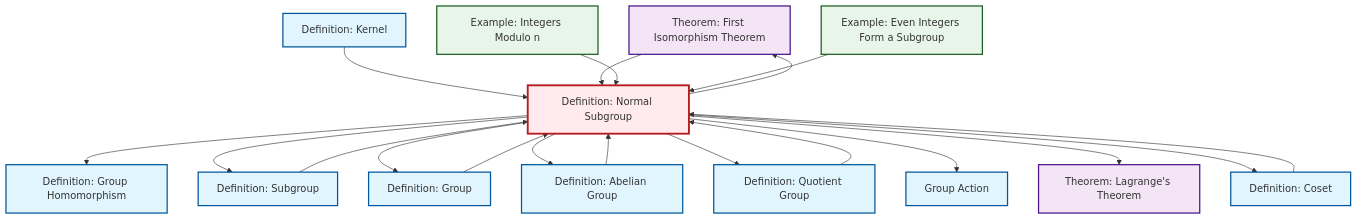
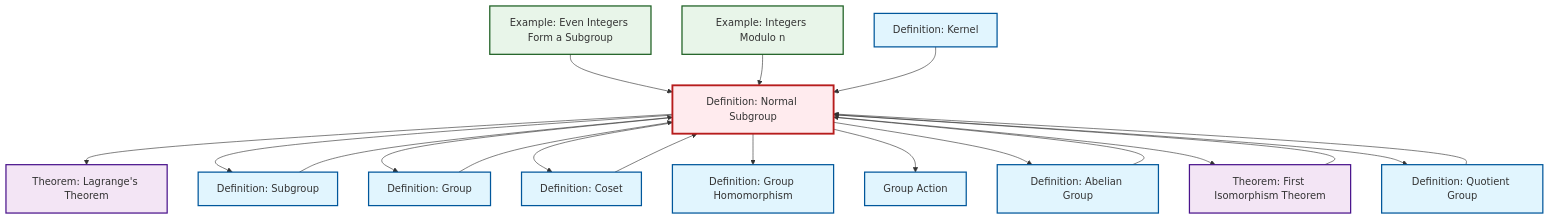
Before and after one commit to RK0429/ModernMath: the diagram in content/en/algebra/def-normal-subgroup.qmd, drawn with Mermaid. The commit also changed other lines of this file and 491 other files, not shown here.

````diff
--- a/content/en/algebra/def-normal-subgroup.qmd
+++ b/content/en/algebra/def-normal-subgroup.qmd
@@ -90,53 +90,53 @@
 ```{mermaid}
 %%| fig-cap: "Local dependency graph"
 graph TD
     classDef definition fill:#e1f5fe,stroke:#01579b,stroke-width:2px
     classDef theorem fill:#f3e5f5,stroke:#4a148c,stroke-width:2px
     classDef axiom fill:#fff3e0,stroke:#e65100,stroke-width:2px
     classDef example fill:#e8f5e9,stroke:#1b5e20,stroke-width:2px
     classDef current fill:#ffebee,stroke:#b71c1c,stroke-width:3px
+    ex-quotient-integers-mod-n["Example: Integers Modulo n"]:::example
+    def-abelian-group["Definition: Abelian Group"]:::definition
+    def-normal-subgroup["Definition: Normal Subgroup"]:::definition
     thm-first-isomorphism["Theorem: First Isomorphism Theorem"]:::theorem
+    def-kernel["Definition: Kernel"]:::definition
+    ex-even-integers-subgroup["Example: Even Integers Form a Subgroup"]:::example
+    def-subgroup["Definition: Subgroup"]:::definition
+    def-coset["Definition: Coset"]:::definition
+    def-group["Definition: Group"]:::definition
+    def-homomorphism["Definition: Group Homomorphism"]:::definition
+    thm-lagrange["Theorem: Lagrange's Theorem"]:::theorem
     def-group-action["Group Action"]:::definition
-    def-homomorphism["Definition: Group Homomorphism"]:::definition
-    def-kernel["Definition: Kernel"]:::definition
-    def-group["Definition: Group"]:::definition
-    def-subgroup["Definition: Subgroup"]:::definition
-    thm-lagrange["Theorem: Lagrange's Theorem"]:::theorem
-    def-abelian-group["Definition: Abelian Group"]:::definition
-    ex-even-integers-subgroup["Example: Even Integers Form a Subgroup"]:::example
-    ex-quotient-integers-mod-n["Example: Integers Modulo n"]:::example
-    def-coset["Definition: Coset"]:::definition
-    def-normal-subgroup["Definition: Normal Subgroup"]:::definition
     def-quotient-group["Definition: Quotient Group"]:::definition
+    def-normal-subgroup --> thm-lagrange
+    def-normal-subgroup --> def-subgroup
+    def-normal-subgroup --> def-group
+    def-quotient-group --> def-normal-subgroup
+    def-abelian-group --> def-normal-subgroup
+    ex-even-integers-subgroup --> def-normal-subgroup
+    def-normal-subgroup --> def-coset
     def-normal-subgroup --> def-homomorphism
+    def-normal-subgroup --> def-group-action
+    def-normal-subgroup --> def-abelian-group
+    def-normal-subgroup --> thm-first-isomorphism
+    thm-first-isomorphism --> def-normal-subgroup
+    def-coset --> def-normal-subgroup
+    ex-quotient-integers-mod-n --> def-normal-subgroup
+    def-kernel --> def-normal-subgroup
+    def-group --> def-normal-subgroup
     def-subgroup --> def-normal-subgroup
-    def-quotient-group --> def-normal-subgroup
-    def-normal-subgroup --> thm-first-isomorphism
-    def-kernel --> def-normal-subgroup
-    def-normal-subgroup --> def-subgroup
-    def-abelian-group --> def-normal-subgroup
-    def-normal-subgroup --> def-group
-    def-normal-subgroup --> def-abelian-group
-    thm-first-isomorphism --> def-normal-subgroup
     def-normal-subgroup --> def-quotient-group
-    def-normal-subgroup --> def-group-action
-    def-normal-subgroup --> thm-lagrange
-    ex-quotient-integers-mod-n --> def-normal-subgroup
-    ex-even-integers-subgroup --> def-normal-subgroup
-    def-coset --> def-normal-subgroup
-    def-normal-subgroup --> def-coset
-    def-group --> def-normal-subgroup
     class def-normal-subgroup current
+    click ex-quotient-integers-mod-n "ex-quotient-integers-mod-n.html" "Go to Integers Modulo n example"
+    click def-abelian-group "def-abelian-group.html" "Go to Abelian Group definition"
     click thm-first-isomorphism "thm-first-isomorphism.html" "Go to First Isomorphism Theorem theorem"
+    click def-kernel "def-kernel.html" "Go to Kernel definition"
+    click ex-even-integers-subgroup "ex-even-integers-subgroup.html" "Go to Even Integers Form a Subgroup example"
+    click def-subgroup "def-subgroup.html" "Go to Subgroup definition"
+    click def-coset "def-coset.html" "Go to Coset definition"
+    click def-group "def-group.html" "Go to Group definition"
+    click def-homomorphism "def-homomorphism.html" "Go to Group Homomorphism definition"
+    click thm-lagrange "thm-lagrange.html" "Go to Lagrange's Theorem theorem"
     click def-group-action "def-group-action.html" "Go to Group Action"
-    click def-homomorphism "def-homomorphism.html" "Go to Group Homomorphism definition"
-    click def-kernel "def-kernel.html" "Go to Kernel definition"
-    click def-group "def-group.html" "Go to Group definition"
-    click def-subgroup "def-subgroup.html" "Go to Subgroup definition"
-    click thm-lagrange "thm-lagrange.html" "Go to Lagrange's Theorem theorem"
-    click def-abelian-group "def-abelian-group.html" "Go to Abelian Group definition"
-    click ex-even-integers-subgroup "ex-even-integers-subgroup.html" "Go to Even Integers Form a Subgroup example"
-    click ex-quotient-integers-mod-n "ex-quotient-integers-mod-n.html" "Go to Integers Modulo n example"
-    click def-coset "def-coset.html" "Go to Coset definition"
     click def-quotient-group "def-quotient-group.html" "Go to Quotient Group definition"
 ```
````
